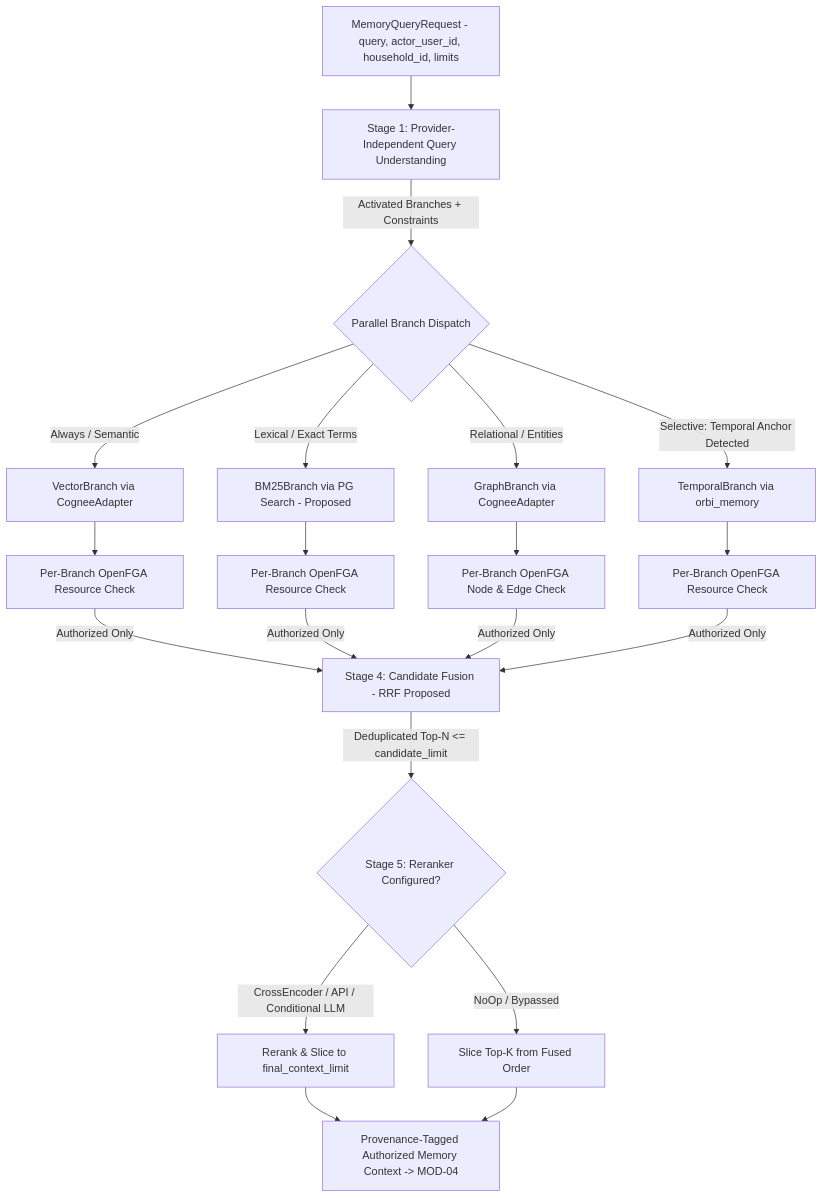
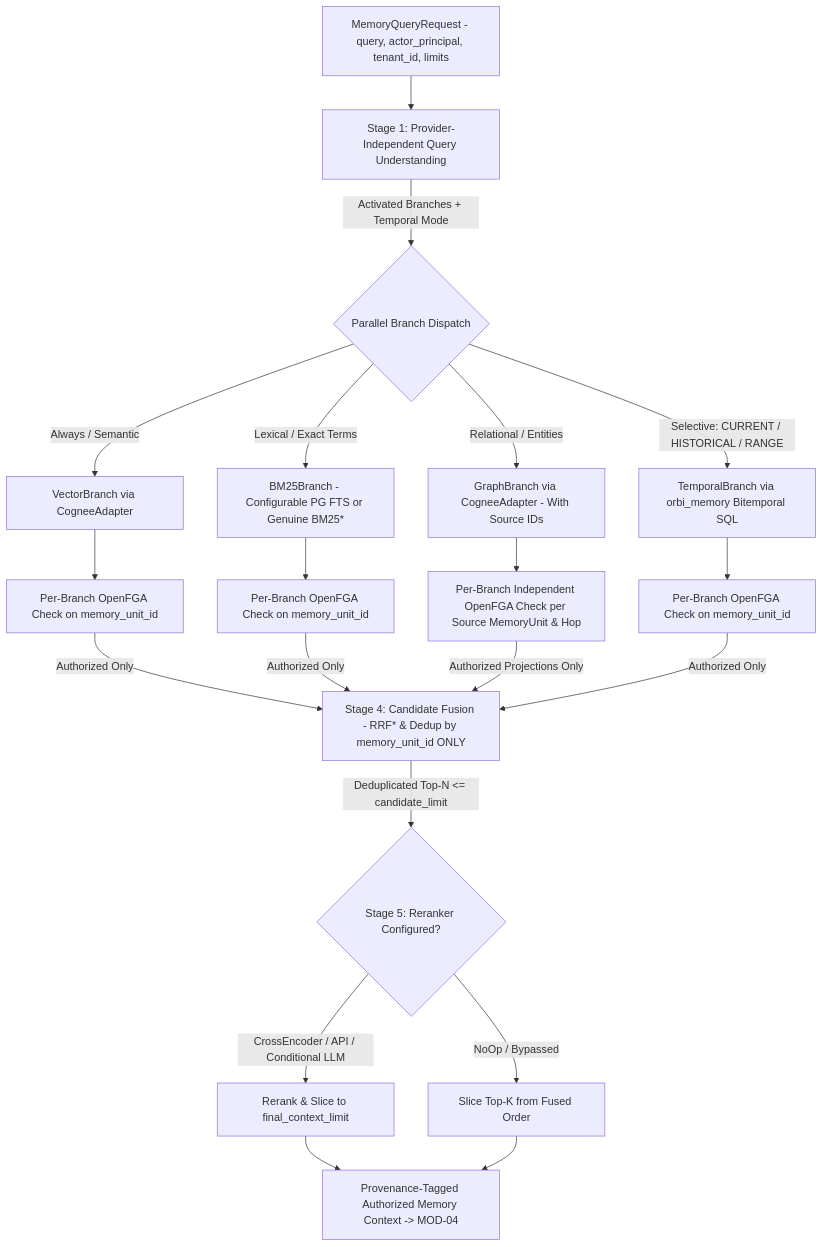
The diagram in docs/02-hld/memory-architecture.md (Abhishek-Kanti/Orbi), drawn with Mermaid before and after one commit. The commit also changed other lines of this file and 13 other files, not shown here.

````diff
--- a/docs/02-hld/memory-architecture.md
+++ b/docs/02-hld/memory-architecture.md
@@ -55,27 +59,27 @@
 ```mermaid
 flowchart TB
-    REQ["MemoryQueryRequest - query, actor_user_id, household_id, limits"] --> QU["Stage 1: Provider-Independent Query Understanding"]
-    QU -->|"Activated Branches + Constraints"| DISPATCH{"Parallel Branch Dispatch"}
+    REQ["MemoryQueryRequest - query, actor_principal, tenant_id, limits"] --> QU["Stage 1: Provider-Independent Query Understanding"]
+    QU -->|"Activated Branches + Temporal Mode"| DISPATCH{"Parallel Branch Dispatch"}
 
     DISPATCH -->|"Always / Semantic"| VEC["VectorBranch via CogneeAdapter"]
-    DISPATCH -->|"Lexical / Exact Terms"| BM25["BM25Branch via PG Search - Proposed"]
-    DISPATCH -->|"Relational / Entities"| GRAPH["GraphBranch via CogneeAdapter"]
-    DISPATCH -->|"Selective: Temporal Anchor Detected"| TEMP["TemporalBranch via orbi_memory"]
+    DISPATCH -->|"Lexical / Exact Terms"| BM25["BM25Branch - Configurable PG FTS or Genuine BM25*"]
+    DISPATCH -->|"Relational / Entities"| GRAPH["GraphBranch via CogneeAdapter - With Source IDs"]
+    DISPATCH -->|"Selective: CURRENT / HISTORICAL / RANGE"| TEMP["TemporalBranch via orbi_memory Bitemporal SQL"]
 
-    VEC --> AUTHZ_V["Per-Branch OpenFGA Resource Check"]
-    BM25 --> AUTHZ_B["Per-Branch OpenFGA Resource Check"]
-    GRAPH --> AUTHZ_G["Per-Branch OpenFGA Node & Edge Check"]
-    TEMP --> AUTHZ_T["Per-Branch OpenFGA Resource Check"]
+    VEC --> AUTHZ_V["Per-Branch OpenFGA Check on memory_unit_id"]
+    BM25 --> AUTHZ_B["Per-Branch OpenFGA Check on memory_unit_id"]
+    GRAPH --> AUTHZ_G["Per-Branch Independent OpenFGA Check per Source MemoryUnit & Hop"]
+    TEMP --> AUTHZ_T["Per-Branch OpenFGA Check on memory_unit_id"]
 
-    AUTHZ_V -->|"Authorized Only"| FUS["Stage 4: Candidate Fusion - RRF Proposed"]
+    AUTHZ_V -->|"Authorized Only"| FUS["Stage 4: Candidate Fusion - RRF* & Dedup by memory_unit_id ONLY"]
     AUTHZ_B -->|"Authorized Only"| FUS
-    AUTHZ_G -->|"Authorized Only"| FUS
+    AUTHZ_G -->|"Authorized Projections Only"| FUS
     AUTHZ_T -->|"Authorized Only"| FUS
 
     FUS -->|"Deduplicated Top-N <= candidate_limit"| RR{"Stage 5: Reranker Configured?"}
     RR -->|"CrossEncoder / API / Conditional LLM"| RERANK["Rerank & Slice to final_context_limit"]
     RR -->|"NoOp / Bypassed"| SLICE["Slice Top-K from Fused Order"]
 
     RERANK --> OUT["Provenance-Tagged Authorized Memory Context -> MOD-04"]
     SLICE --> OUT
 ```
````
